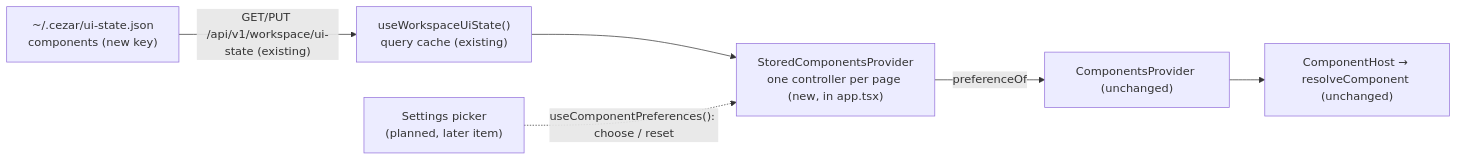
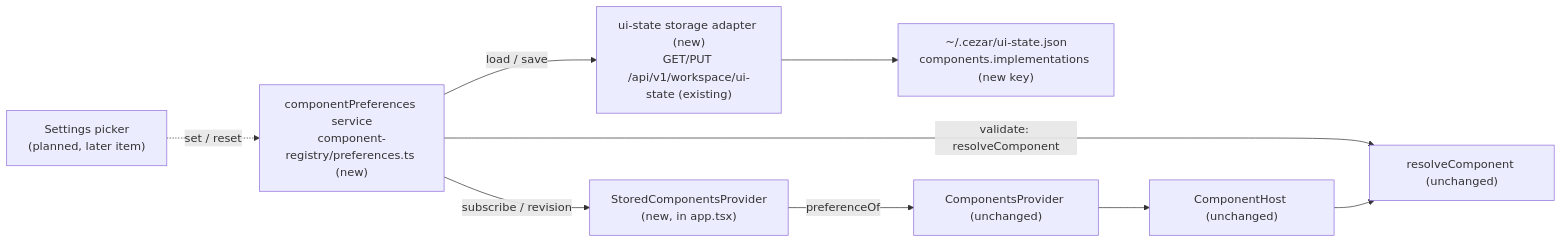
The diagram in .ai/specs/2026-09-19-component-implementation-preferences.md (DarrenStasiakDev4You/cezar-hackathon-ale-patryk-nazywa-go-brutusem), drawn with Mermaid before and after one commit. The commit also changed other lines of this file, not shown here.

````diff
--- a/.ai/specs/2026-09-19-component-implementation-preferences.md
+++ b/.ai/specs/2026-09-19-component-implementation-preferences.md
@@ -145,8 +157,10 @@
 ```mermaid
 flowchart LR
-  file["~/.cezar/ui-state.json<br/>components (new key)"] -->|"GET/PUT /api/v1/workspace/ui-state (existing)"| query
-  query["useWorkspaceUiState()<br/>query cache (existing)"] --> stored
-  stored["StoredComponentsProvider<br/>one controller per page (new, in app.tsx)"] -->|"preferenceOf"| provider
-  provider["ComponentsProvider (unchanged)"] --> host["ComponentHost → resolveComponent (unchanged)"]
-  picker["Settings picker<br/>(planned, later item)"] -.->|"useComponentPreferences(): choose / reset"| stored
+  ui["Settings picker<br/>(planned, later item)"] -.->|"set / reset"| svc
+  svc["componentPreferences service<br/>component-registry/preferences.ts (new)"] -->|"validate: resolveComponent"| res
+  svc -->|"load / save"| store["ui-state storage adapter (new)<br/>GET/PUT /api/v1/workspace/ui-state (existing)"]
+  store --> file["~/.cezar/ui-state.json<br/>components.implementations (new key)"]
+  svc -->|"subscribe / revision"| prov
+  prov["StoredComponentsProvider<br/>(new, in app.tsx)"] -->|"preferenceOf"| cp["ComponentsProvider (unchanged)"]
+  cp --> host["ComponentHost (unchanged)"] --> res["resolveComponent (unchanged)"]
 ```
````
